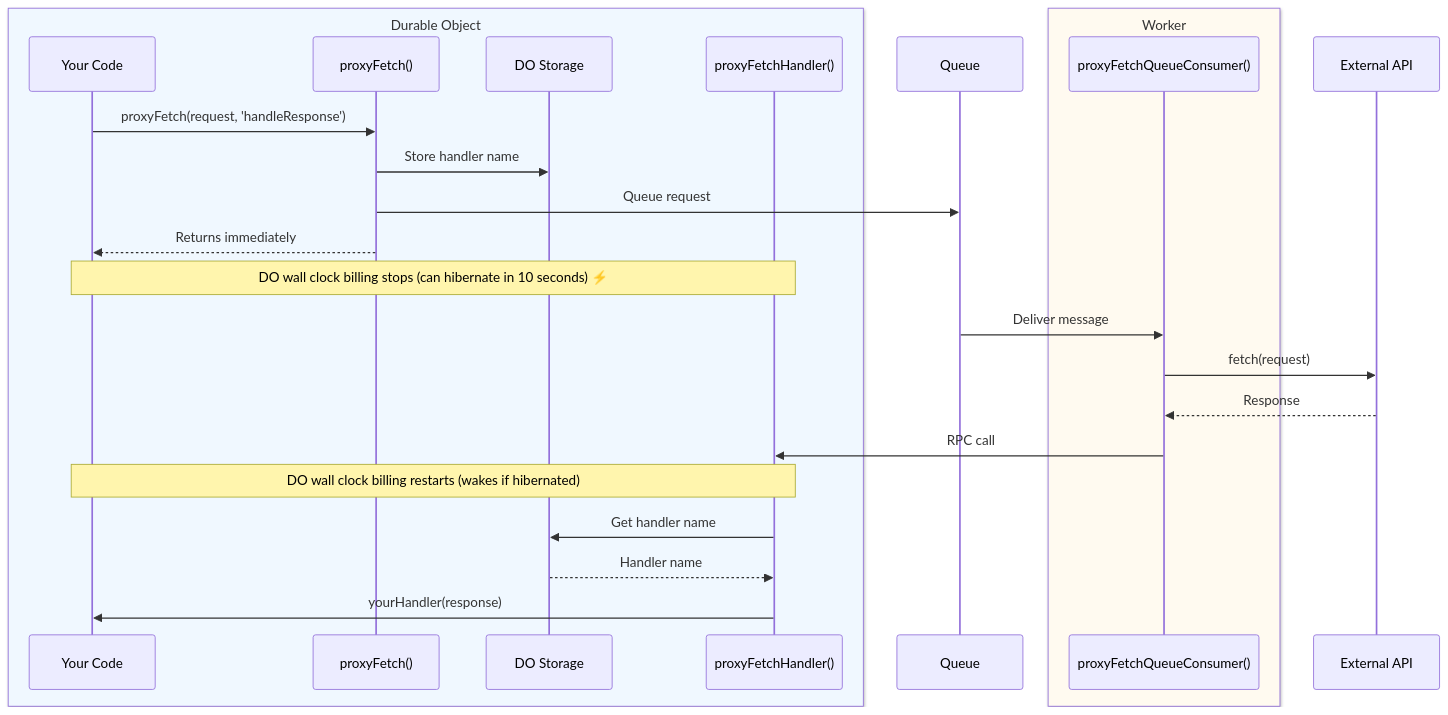
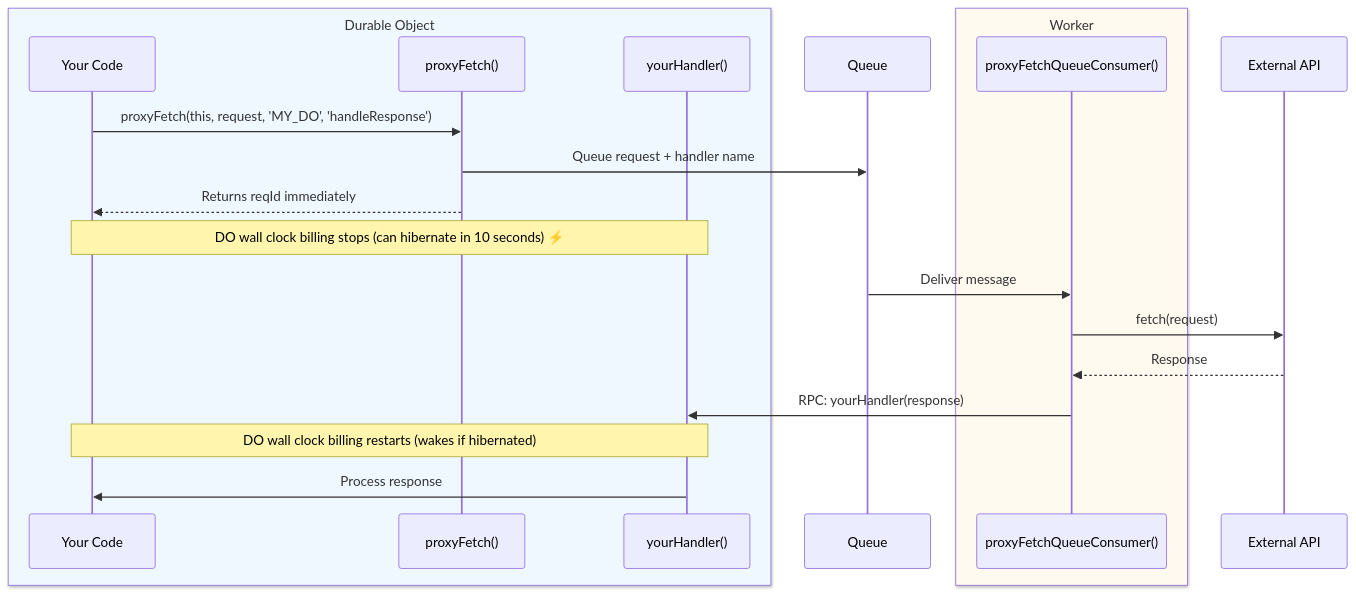
One commit to lumenize/lumenize changed the diagram in website/docs/proxy-fetch/index.mdx. Above: the diagram before and after it, drawn with Mermaid. The commit also changed 2 other files, not shown here.

Commit message:
Still need to review code and docs but all tests and check-examples pass

````diff
--- a/website/docs/proxy-fetch/index.mdx
+++ b/website/docs/proxy-fetch/index.mdx
@@ -44,29 +44,25 @@
 ```mermaid @skip-check
 sequenceDiagram
     box rgb(240, 248, 255) Durable Object
         participant User as Your Code
         participant ProxyFetch as proxyFetch()
-        participant Storage as DO Storage
-        participant ProxyFetchHandler as proxyFetchHandler()
+        participant Handler as yourHandler()
     end
     participant Queue as Queue
     box rgb(255, 250, 240) Worker
         participant QueueConsumer as proxyFetchQueueConsumer()
     end
     participant API as External API
 
-    User->>ProxyFetch: proxyFetch(request, 'handleResponse')
-    ProxyFetch->>Storage: Store handler name
-    ProxyFetch->>Queue: Queue request
-    ProxyFetch-->>User: Returns immediately
-    Note over User,ProxyFetchHandler: DO wall clock billing stops (can hibernate in 10 seconds) ⚡
+    User->>ProxyFetch: proxyFetch(this, request, 'MY_DO', 'handleResponse')
+    ProxyFetch->>Queue: Queue request + handler name
+    ProxyFetch-->>User: Returns reqId immediately
+    Note over User,Handler: DO wall clock billing stops (can hibernate in 10 seconds) ⚡
 
     Queue->>QueueConsumer: Deliver message
     QueueConsumer->>API: fetch(request)
     API-->>QueueConsumer: Response
-    QueueConsumer->>ProxyFetchHandler: RPC call
-    Note over User,ProxyFetchHandler: DO wall clock billing restarts (wakes if hibernated)
-    ProxyFetchHandler->>Storage: Get handler name
-    Storage-->>ProxyFetchHandler: Handler name
-    ProxyFetchHandler->>User: yourHandler(response)
+    QueueConsumer->>Handler: RPC: yourHandler(response)
+    Note over User,Handler: DO wall clock billing restarts (wakes if hibernated)
+    Handler->>User: Process response
 ```
````
